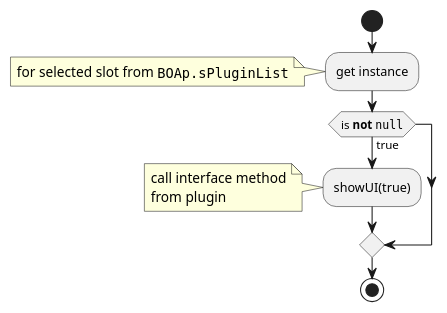
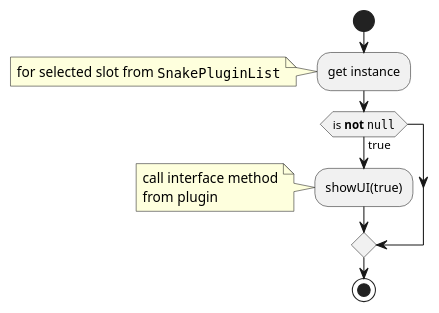
One commit to CellDynamics/QuimP changed the sixth of 8 diagrams in Doxygen_doc/SnakePlugin.md. Above: the diagram before and after it, drawn with PlantUML. The commit also changed other lines of this file and 7 other files, not shown here.

```diff
--- a/Doxygen_doc/SnakePlugin.md
+++ b/Doxygen_doc/SnakePlugin.md
@@ -299,10 +429,10 @@
 @startuml
 start
 :get instance;
-note left: for selected slot from ""BOAp.sPluginList""
+note left: for selected slot from ""SnakePluginList""
 if (is **not** ""null"") then (true)
 :showUI(true);
 note left: call interface method\nfrom plugin
 endif
 stop
 @enduml 
```
